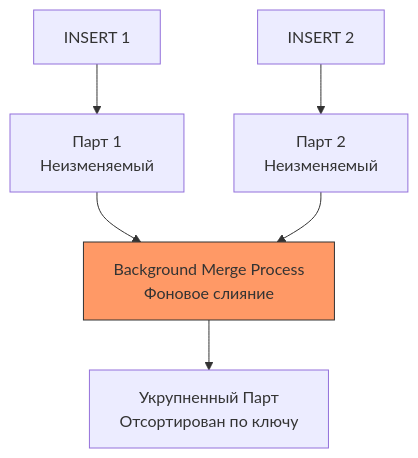
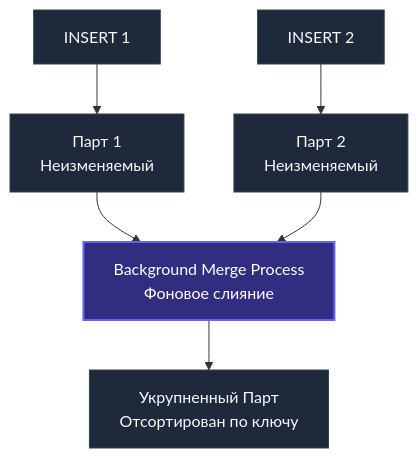
Before and after one commit to UnrealTemplier/go-textbook: the third of 3 diagrams in sources/12. Базы данных/09. NoSQL базы/12. ClickHouse под капотом.md, drawn with Mermaid. The commit also changed other lines of this file, not shown here.

````diff
--- a/sources/12. Базы данных/09. NoSQL базы/12. ClickHouse под капотом.md
+++ b/sources/12. Базы данных/09. NoSQL базы/12. ClickHouse под капотом.md
@@ -42,12 +68,14 @@
 ```mermaid
 flowchart TD
     Insert1["INSERT 1"] --> Part1["Парт 1<br>Неизменяемый"]
     Insert2["INSERT 2"] --> Part2["Парт 2<br>Неизменяемый"]
     
     Part1 --> Merger["Background Merge Process<br>Фоновое слияние"]
     Part2 --> Merger
     
     Merger --> BigPart["Укрупненный Парт<br>Отсортирован по ключу"]
     
-    style Merger fill:#f96,stroke:#333
+    classDef default fill:#1e293b,stroke:#334155,color:#f8fafc;
+    classDef merge fill:#312e81,stroke:#6366f1,color:#ffffff,stroke-width:2px;
+    class Merger merge;
 ```
````
